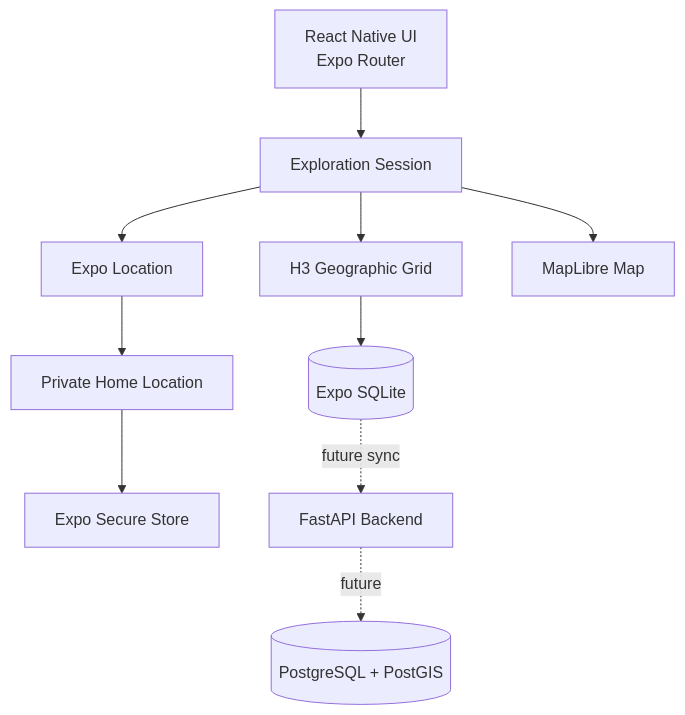
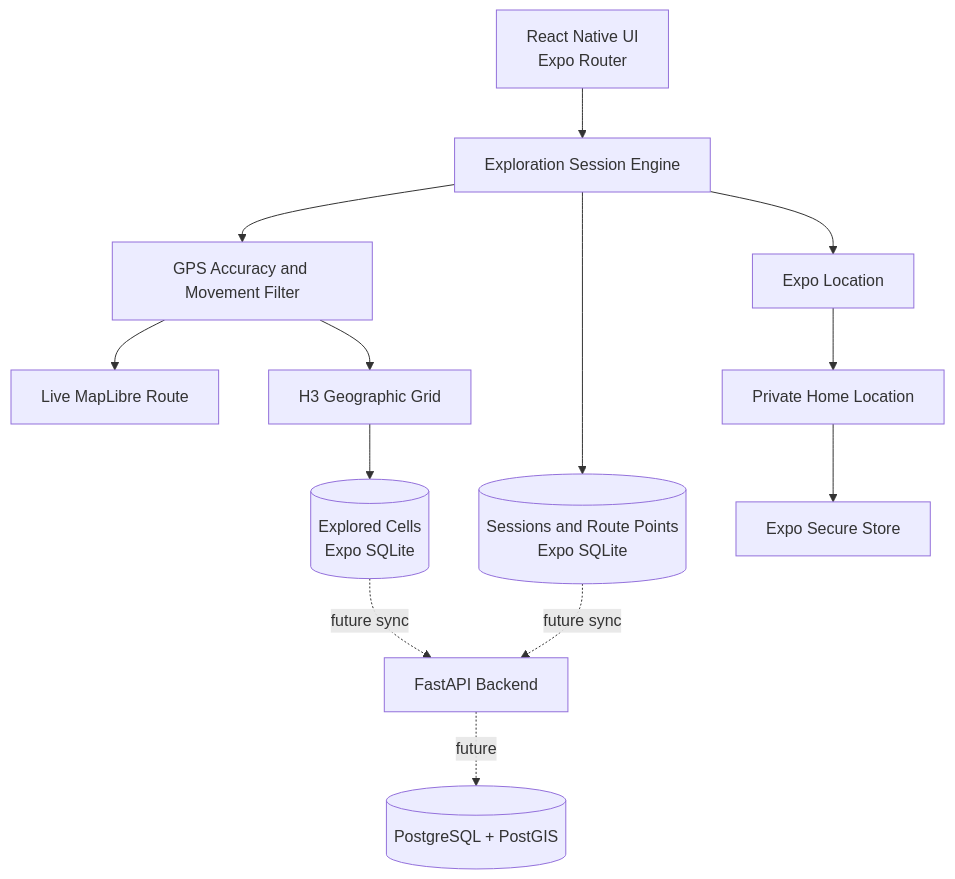
Before and after one commit to EdisonSenpai/Arukiyo: the diagram in README.md, drawn with Mermaid. The commit also changed other lines of this file and 15 other files, not shown here.

First line of the commit message:
feat: add persistent exploration sessions (#1)

````diff
--- a/README.md
+++ b/README.md
@@ -128,12 +150,15 @@
 ```mermaid
 flowchart TD
-    UI[React Native UI\nExpo Router] --> EXP[Exploration Session]
+    UI[React Native UI\nExpo Router] --> EXP[Exploration Session Engine]
     EXP --> GPS[Expo Location]
-    EXP --> GRID[H3 Geographic Grid]
-    EXP --> MAP[MapLibre Map]
-    GRID --> DB[(Expo SQLite)]
+    EXP --> FILTER[GPS Accuracy and Movement Filter]
+    FILTER --> ROUTE[Live MapLibre Route]
+    FILTER --> GRID[H3 Geographic Grid]
+    GRID --> CELLS[(Explored Cells\nExpo SQLite)]
+    EXP --> SESSIONS[(Sessions and Route Points\nExpo SQLite)]
     GPS --> HOME[Private Home Location]
     HOME --> SECURE[Expo Secure Store]
-    DB -. future sync .-> API[FastAPI Backend]
+    CELLS -. future sync .-> API[FastAPI Backend]
+    SESSIONS -. future sync .-> API
     API -. future .-> POSTGIS[(PostgreSQL + PostGIS)]
 ```
````
